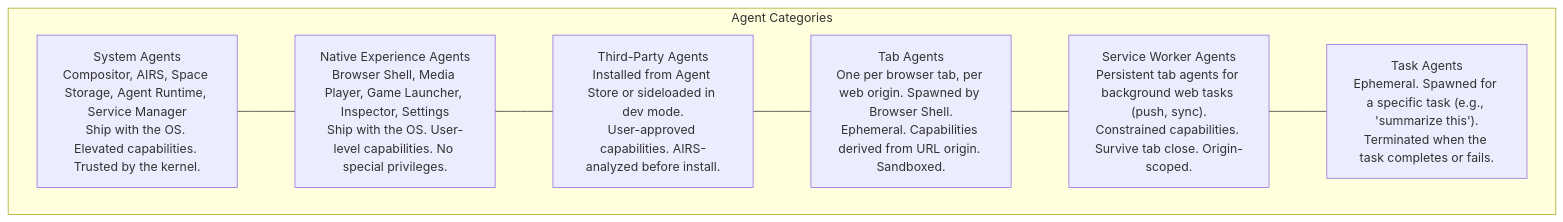
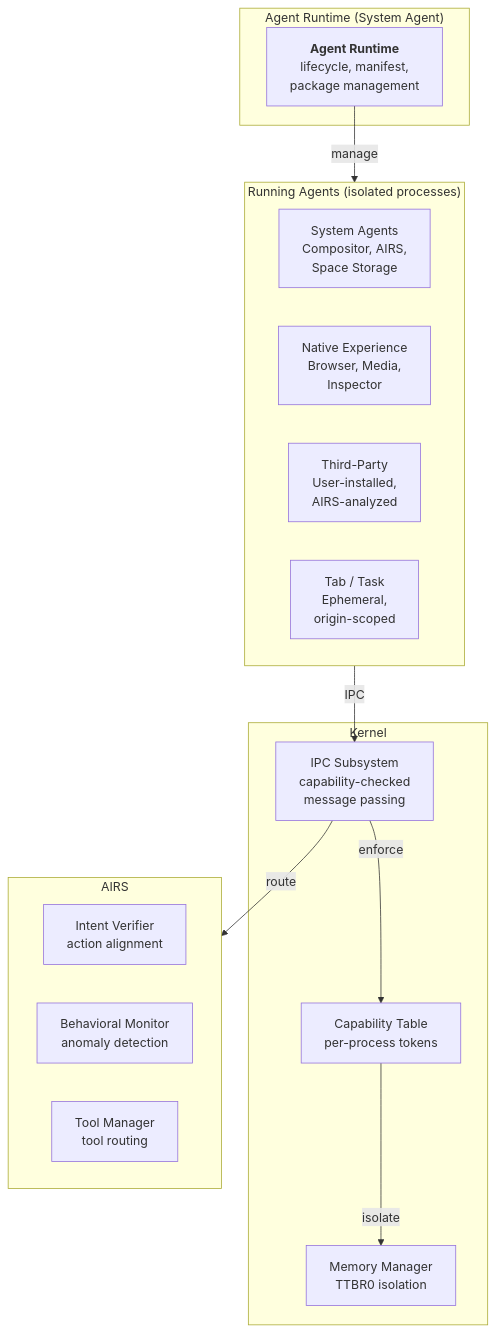
One commit to juslee/aios changed the first of 2 diagrams in docs/applications/agents.md. Above: the diagram before and after it, drawn with Mermaid. The commit also changed other lines of this file and 10 other files, not shown here.

````diff
--- a/docs/applications/agents.md
+++ b/docs/applications/agents.md
@@ -36,25 +35,48 @@
 ```mermaid
 flowchart TD
-    subgraph Categories["Agent Categories"]
-        SA["`System Agents
-Compositor, AIRS, Space Storage, Agent Runtime, Service Manager
-Ship with the OS. Elevated capabilities. Trusted by the kernel.`"]
-        NEA["`Native Experience Agents
-Browser Shell, Media Player, Game Launcher, Inspector, Settings
-Ship with the OS. User-level capabilities. No special privileges.`"]
-        TPA["`Third-Party Agents
-Installed from Agent Store or sideloaded in dev mode.
-User-approved capabilities. AIRS-analyzed before install.`"]
-        TA["`Tab Agents
-One per browser tab, per web origin. Spawned by Browser Shell.
-Ephemeral. Capabilities derived from URL origin. Sandboxed.`"]
-        SWA["`Service Worker Agents
-Persistent tab agents for background web tasks (push, sync).
-Constrained capabilities. Survive tab close. Origin-scoped.`"]
-        TSK["`Task Agents
-Ephemeral. Spawned for a specific task (e.g., 'summarize this').
-Terminated when the task completes or fails.`"]
+    subgraph AgentRuntime["Agent Runtime (System Agent)"]
+        AR["`**Agent Runtime**
+        lifecycle, manifest,
+        package management`"]
     end
 
-    SA --- NEA --- TPA --- TA --- SWA --- TSK
+    subgraph Agents["Running Agents (isolated processes)"]
+        SA["`System Agents
+        Compositor, AIRS,
+        Space Storage`"]
+        NA["`Native Experience
+        Browser, Media,
+        Inspector`"]
+        TP["`Third-Party
+        User-installed,
+        AIRS-analyzed`"]
+        TA["`Tab / Task
+        Ephemeral,
+        origin-scoped`"]
+    end
+
+    subgraph Kernel["Kernel"]
+        IPC["`IPC Subsystem
+        capability-checked
+        message passing`"]
+        CAP["`Capability Table
+        per-process tokens`"]
+        MM["`Memory Manager
+        TTBR0 isolation`"]
+    end
+
+    subgraph Intelligence["AIRS"]
+        IV["`Intent Verifier
+        action alignment`"]
+        BM["`Behavioral Monitor
+        anomaly detection`"]
+        TM["`Tool Manager
+        tool routing`"]
+    end
+
+    AR -->|"manage"| Agents
+    Agents -->|"IPC"| IPC
+    IPC -->|"enforce"| CAP
+    CAP -->|"isolate"| MM
+    IPC -->|"route"| Intelligence
 ```
````
